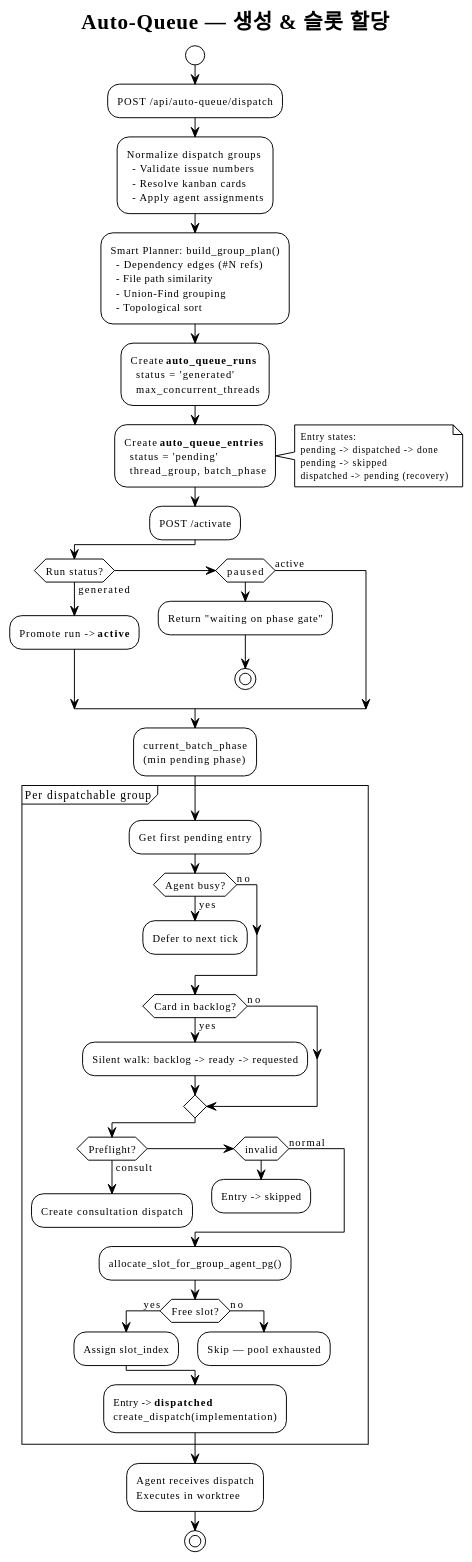
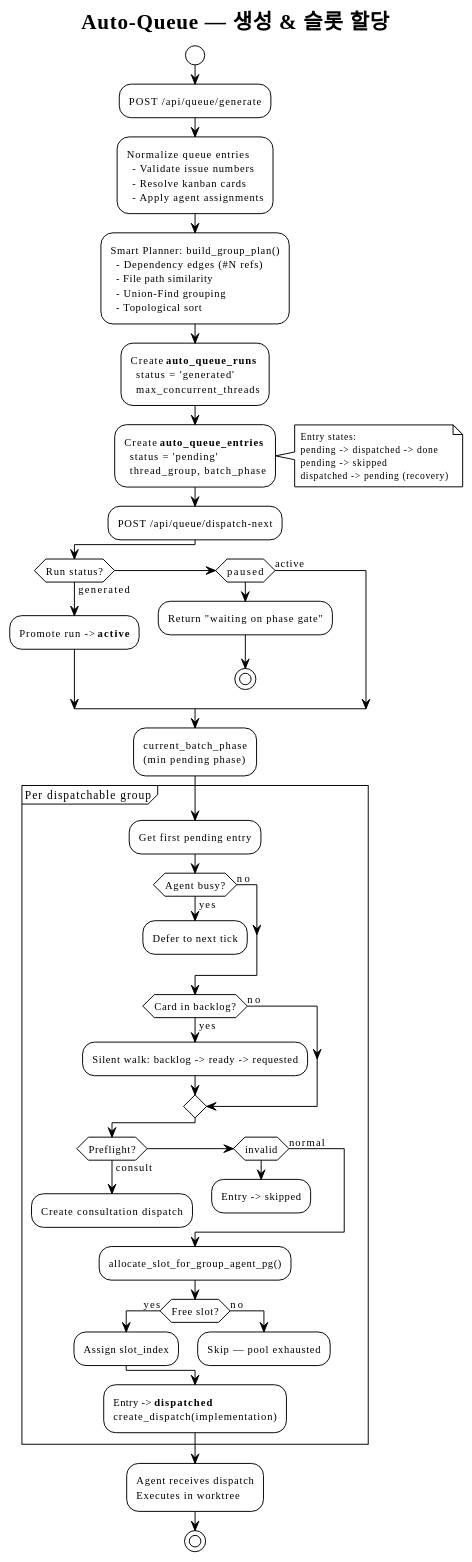
Before and after one commit to kunkunGames/AgentDesk: the diagram in docs/diagrams/03a-auto-queue-creation.md, drawn with PlantUML. The commit also changed 65 other files, not shown here.

```diff
--- a/docs/diagrams/03a-auto-queue-creation.md
+++ b/docs/diagrams/03a-auto-queue-creation.md
@@ -12,9 +12,9 @@
 |#LightBlue|Rust (API / DB)|
 
 start
-:POST /api/auto-queue/dispatch;
+:POST /api/queue/generate;
 
-:Normalize dispatch groups
+:Normalize queue entries
   - Validate issue numbers
   - Resolve kanban cards
   - Apply agent assignments;
@@ -40,7 +40,7 @@
   dispatched -> pending (recovery)
 end note
 
-:POST /activate;
+:POST /api/queue/dispatch-next;
 
 if (Run status?) then (generated)
   :Promote run -> **active**;
```
